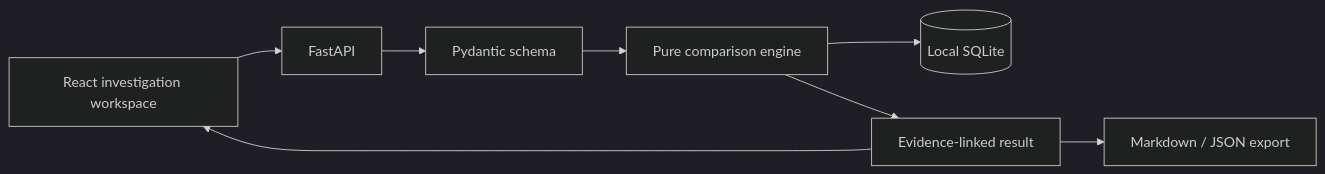
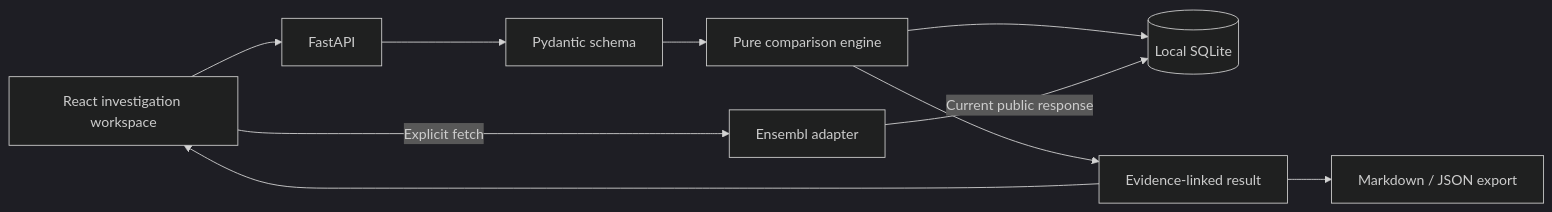
Before and after one commit to JustAppTools/GenomeDebugger: the diagram in docs/architecture.md, drawn with Mermaid (dark theme). The commit also changed other lines of this file and 16 other files, not shown here.

Commit message:
Add explicit Ensembl VEP source adapter and cached transcript comparison

````diff
--- a/docs/architecture.md
+++ b/docs/architecture.md
@@ -7,10 +7,12 @@
 ```mermaid
 flowchart LR
   UI[React investigation workspace] --> API[FastAPI]
   API --> S[Pydantic schema]
   S --> E[Pure comparison engine]
   E --> DB[(Local SQLite)]
   E --> R[Evidence-linked result]
   R --> UI
   R --> M[Markdown / JSON export]
+  UI -->|Explicit fetch| A[Ensembl adapter]
+  A -->|Current public response| DB
 ```
````
